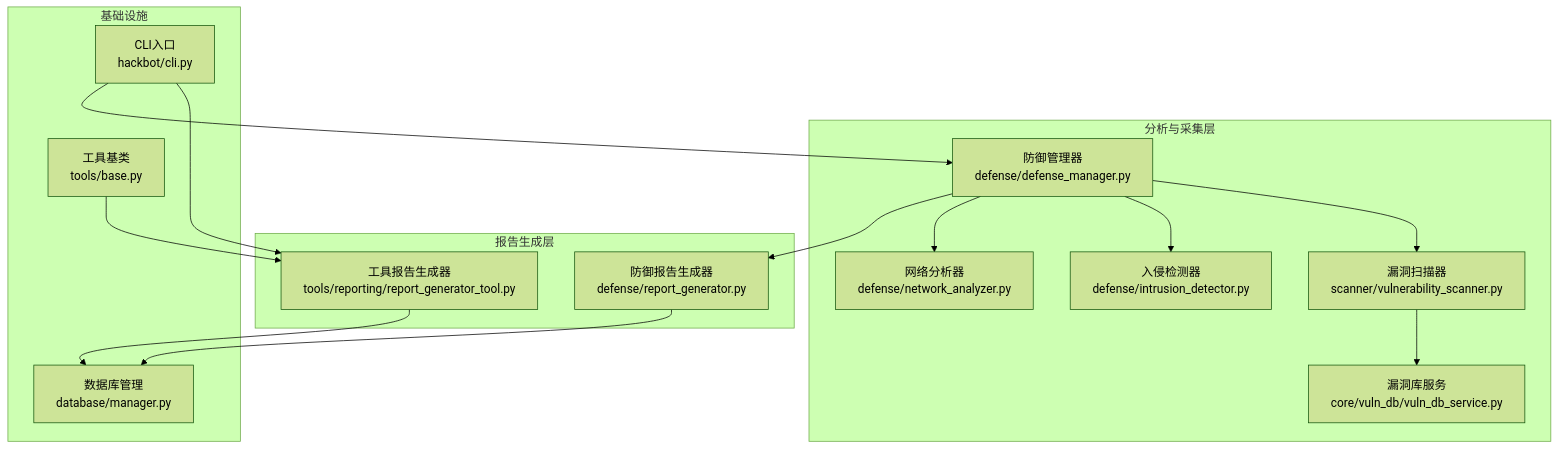
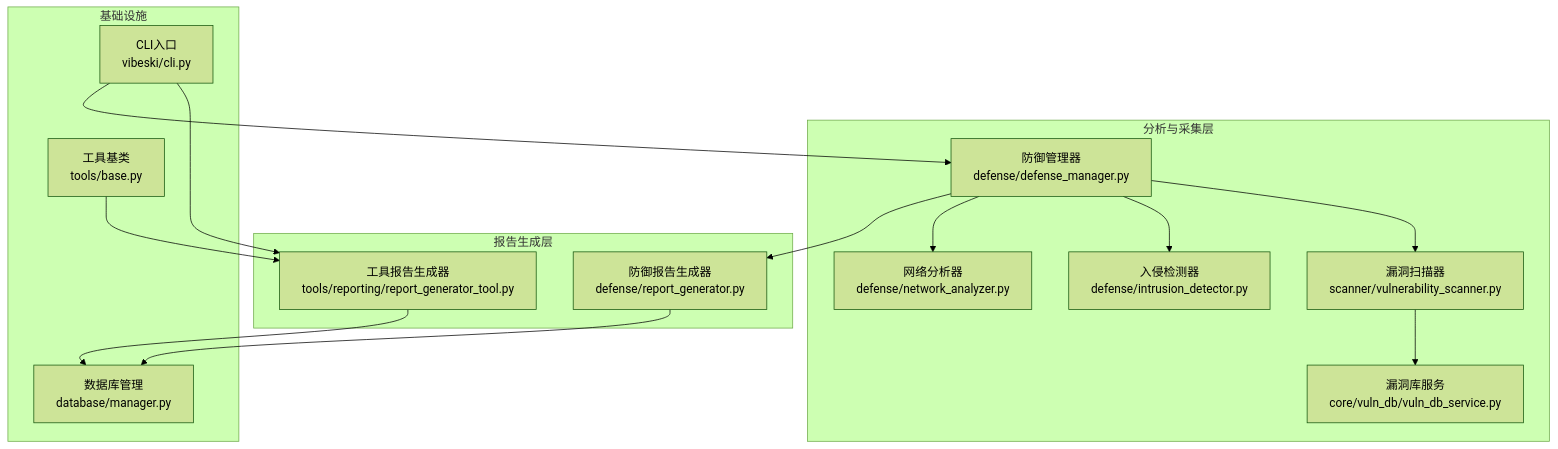
The first of 6 diagrams in .qoder/repowiki/zh/content/项目概述/核心功能特性/安全防御与监控/报告生成与分析.md (crabin/VIBESKI), drawn with Mermaid (forest theme) before and after one commit. The commit also changed other lines of this file and 170 other files, not shown here.

Commit message:
chore: rename all secbot/hackbot identifiers to vibeski

````diff
--- a/.qoder/repowiki/zh/content/项目概述/核心功能特性/安全防御与监控/报告生成与分析.md
+++ b/.qoder/repowiki/zh/content/项目概述/核心功能特性/安全防御与监控/报告生成与分析.md
@@ -49,29 +49,29 @@
 ```mermaid
 graph TB
 subgraph "报告生成层"
 DRG["防御报告生成器<br/>defense/report_generator.py"]
 TRG["工具报告生成器<br/>tools/reporting/report_generator_tool.py"]
 end
 subgraph "分析与采集层"
 DM["防御管理器<br/>defense/defense_manager.py"]
 NA["网络分析器<br/>defense/network_analyzer.py"]
 ID["入侵检测器<br/>defense/intrusion_detector.py"]
 VS["漏洞扫描器<br/>scanner/vulnerability_scanner.py"]
 VDS["漏洞库服务<br/>core/vuln_db/vuln_db_service.py"]
 end
 subgraph "基础设施"
 DB["数据库管理<br/>database/manager.py"]
-CLI["CLI入口<br/>hackbot/cli.py"]
+CLI["CLI入口<br/>vibeski/cli.py"]
 BASE["工具基类<br/>tools/base.py"]
 end
 DM --> DRG
 DM --> NA
 DM --> ID
 DM --> VS
 VS --> VDS
 DRG --> DB
 TRG --> DB
 CLI --> DM
 CLI --> TRG
 BASE --> TRG
 ```
````
